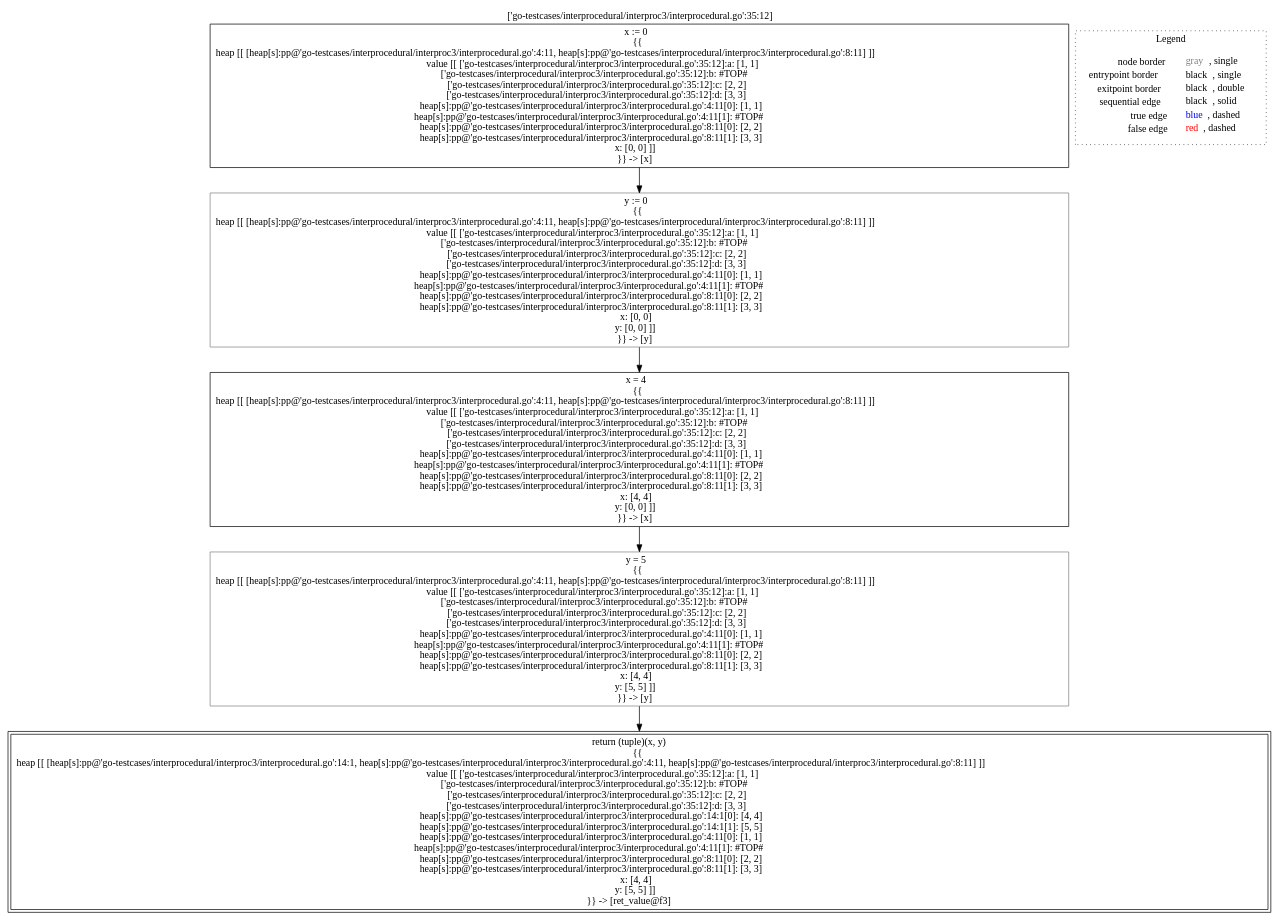
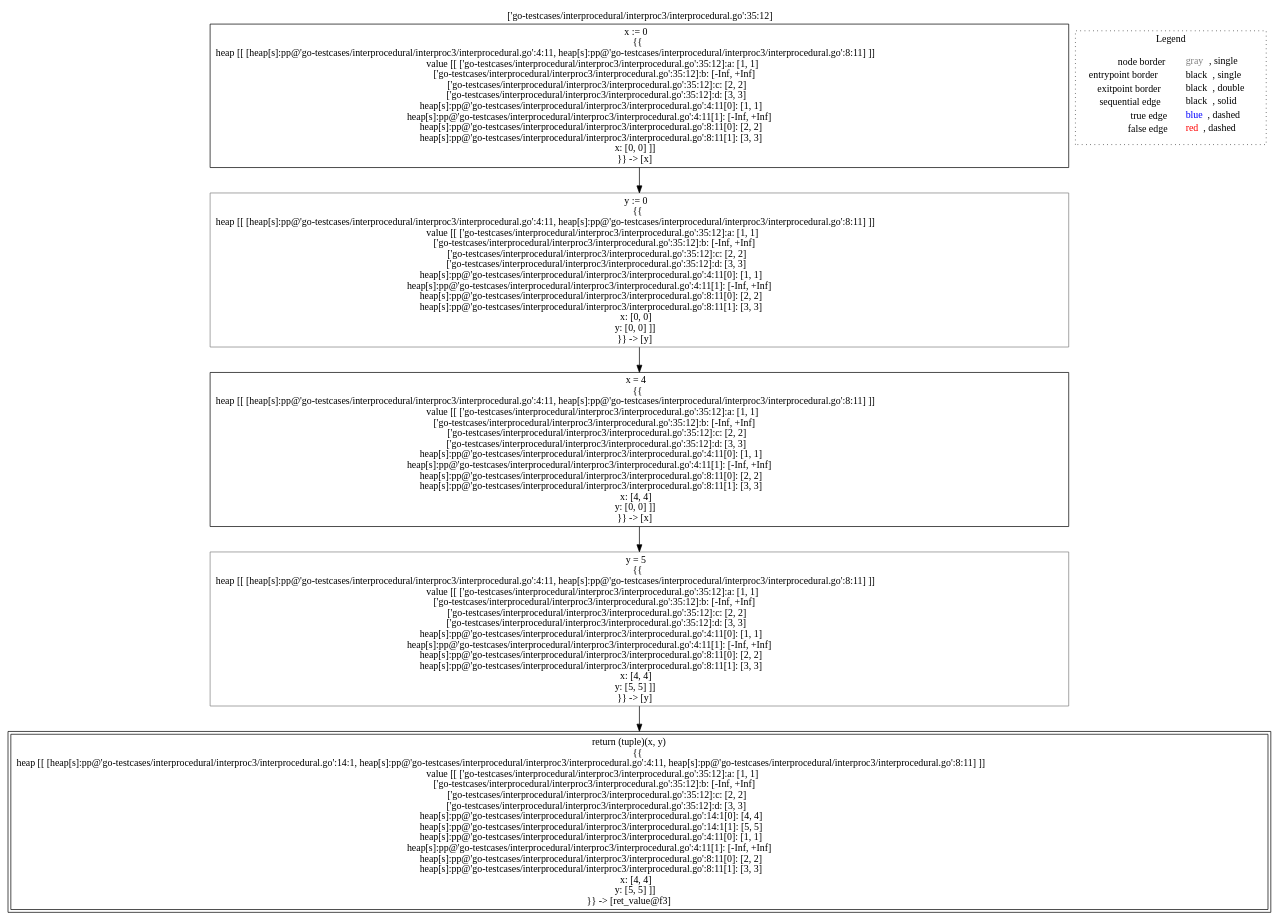
One commit to lisa-analyzer/go-lisa changed the diagram in go-lisa/go-testcases/interprocedural/interproc3/analysis___-568598379_[int_x,_int_y]_~LiSAProgram.f3().dot. Above: the diagram before and after it, drawn with Graphviz. The commit also changed 25 other files, not shown here.

```diff
--- a/go-lisa/go-testcases/interprocedural/interproc3/analysis___-568598379_[int_x,_int_y]_~LiSAProgram.f3().dot
+++ b/go-lisa/go-testcases/interprocedural/interproc3/analysis___-568598379_[int_x,_int_y]_~LiSAProgram.f3().dot
@@ -1,20 +1,20 @@
 digraph {
 	labelloc="t";
 	label="['go-testcases/interprocedural/interproc3/interprocedural.go':35:12]";
-	"node0" [shape="rect",color="black",label=<x := 0<BR/>{{<BR/>heap [[ [heap[s]:pp@'go-testcases/interprocedural/interproc3/interprocedural.go':4:11, heap[s]:pp@'go-testcases/interprocedural/interproc3/interprocedural.go':8:11] ]]<BR/>value [[ ['go-testcases/interprocedural/interproc3/interprocedural.go':35:12]:a: [1, 1]<BR/>['go-testcases/interprocedural/interproc3/interprocedural.go':35:12]:b: #TOP#<BR/>['go-testcases/interprocedural/interproc3/interprocedural.go':35:12]:c: [2, 2]<BR/>['go-testcases/interprocedural/interproc3/interprocedural.go':35:12]:d: [3, 3]<BR/>heap[s]:pp@'go-testcases/interprocedural/interproc3/interprocedural.go':4:11[0]: [1, 1]<BR/>heap[s]:pp@'go-testcases/interprocedural/interproc3/interprocedural.go':4:11[1]: #TOP#<BR/>heap[s]:pp@'go-testcases/interprocedural/interproc3/interprocedural.go':8:11[0]: [2, 2]<BR/>heap[s]:pp@'go-testcases/interprocedural/interproc3/interprocedural.go':8:11[1]: [3, 3]<BR/>x: [0, 0] ]]<BR/>}} -&gt; [x]>];
-	"node1" [shape="rect",color="black",label=<x = 4<BR/>{{<BR/>heap [[ [heap[s]:pp@'go-testcases/interprocedural/interproc3/interprocedural.go':4:11, heap[s]:pp@'go-testcases/interprocedural/interproc3/interprocedural.go':8:11] ]]<BR/>value [[ ['go-testcases/interprocedural/interproc3/interprocedural.go':35:12]:a: [1, 1]<BR/>['go-testcases/interprocedural/interproc3/interprocedural.go':35:12]:b: #TOP#<BR/>['go-testcases/interprocedural/interproc3/interprocedural.go':35:12]:c: [2, 2]<BR/>['go-testcases/interprocedural/interproc3/interprocedural.go':35:12]:d: [3, 3]<BR/>heap[s]:pp@'go-testcases/interprocedural/interproc3/interprocedural.go':4:11[0]: [1, 1]<BR/>heap[s]:pp@'go-testcases/interprocedural/interproc3/interprocedural.go':4:11[1]: #TOP#<BR/>heap[s]:pp@'go-testcases/interprocedural/interproc3/interprocedural.go':8:11[0]: [2, 2]<BR/>heap[s]:pp@'go-testcases/interprocedural/interproc3/interprocedural.go':8:11[1]: [3, 3]<BR/>x: [4, 4]<BR/>y: [0, 0] ]]<BR/>}} -&gt; [x]>];
-	"node2" [shape="rect",color="gray",label=<y := 0<BR/>{{<BR/>heap [[ [heap[s]:pp@'go-testcases/interprocedural/interproc3/interprocedural.go':4:11, heap[s]:pp@'go-testcases/interprocedural/interproc3/interprocedural.go':8:11] ]]<BR/>value [[ ['go-testcases/interprocedural/interproc3/interprocedural.go':35:12]:a: [1, 1]<BR/>['go-testcases/interprocedural/interproc3/interprocedural.go':35:12]:b: #TOP#<BR/>['go-testcases/interprocedural/interproc3/interprocedural.go':35:12]:c: [2, 2]<BR/>['go-testcases/interprocedural/interproc3/interprocedural.go':35:12]:d: [3, 3]<BR/>heap[s]:pp@'go-testcases/interprocedural/interproc3/interprocedural.go':4:11[0]: [1, 1]<BR/>heap[s]:pp@'go-testcases/interprocedural/interproc3/interprocedural.go':4:11[1]: #TOP#<BR/>heap[s]:pp@'go-testcases/interprocedural/interproc3/interprocedural.go':8:11[0]: [2, 2]<BR/>heap[s]:pp@'go-testcases/interprocedural/interproc3/interprocedural.go':8:11[1]: [3, 3]<BR/>x: [0, 0]<BR/>y: [0, 0] ]]<BR/>}} -&gt; [y]>];
-	"node3" [shape="rect",color="black",peripheries="2",label=<return (tuple)(x, y)<BR/>{{<BR/>heap [[ [heap[s]:pp@'go-testcases/interprocedural/interproc3/interprocedural.go':14:1, heap[s]:pp@'go-testcases/interprocedural/interproc3/interprocedural.go':4:11, heap[s]:pp@'go-testcases/interprocedural/interproc3/interprocedural.go':8:11] ]]<BR/>value [[ ['go-testcases/interprocedural/interproc3/interprocedural.go':35:12]:a: [1, 1]<BR/>['go-testcases/interprocedural/interproc3/interprocedural.go':35:12]:b: #TOP#<BR/>['go-testcases/interprocedural/interproc3/interprocedural.go':35:12]:c: [2, 2]<BR/>['go-testcases/interprocedural/interproc3/interprocedural.go':35:12]:d: [3, 3]<BR/>heap[s]:pp@'go-testcases/interprocedural/interproc3/interprocedural.go':14:1[0]: [4, 4]<BR/>heap[s]:pp@'go-testcases/interprocedural/interproc3/interprocedural.go':14:1[1]: [5, 5]<BR/>heap[s]:pp@'go-testcases/interprocedural/interproc3/interprocedural.go':4:11[0]: [1, 1]<BR/>heap[s]:pp@'go-testcases/interprocedural/interproc3/interprocedural.go':4:11[1]: #TOP#<BR/>heap[s]:pp@'go-testcases/interprocedural/interproc3/interprocedural.go':8:11[0]: [2, 2]<BR/>heap[s]:pp@'go-testcases/interprocedural/interproc3/interprocedural.go':8:11[1]: [3, 3]<BR/>x: [4, 4]<BR/>y: [5, 5] ]]<BR/>}} -&gt; [ret_value@f3]>];
-	"node4" [shape="rect",color="gray",label=<y = 5<BR/>{{<BR/>heap [[ [heap[s]:pp@'go-testcases/interprocedural/interproc3/interprocedural.go':4:11, heap[s]:pp@'go-testcases/interprocedural/interproc3/interprocedural.go':8:11] ]]<BR/>value [[ ['go-testcases/interprocedural/interproc3/interprocedural.go':35:12]:a: [1, 1]<BR/>['go-testcases/interprocedural/interproc3/interprocedural.go':35:12]:b: #TOP#<BR/>['go-testcases/interprocedural/interproc3/interprocedural.go':35:12]:c: [2, 2]<BR/>['go-testcases/interprocedural/interproc3/interprocedural.go':35:12]:d: [3, 3]<BR/>heap[s]:pp@'go-testcases/interprocedural/interproc3/interprocedural.go':4:11[0]: [1, 1]<BR/>heap[s]:pp@'go-testcases/interprocedural/interproc3/interprocedural.go':4:11[1]: #TOP#<BR/>heap[s]:pp@'go-testcases/interprocedural/interproc3/interprocedural.go':8:11[0]: [2, 2]<BR/>heap[s]:pp@'go-testcases/interprocedural/interproc3/interprocedural.go':8:11[1]: [3, 3]<BR/>x: [4, 4]<BR/>y: [5, 5] ]]<BR/>}} -&gt; [y]>];
-	"node2" -> "node1" [color="black"];
+	"node0" [shape="rect",color="black",label=<x = 4<BR/>{{<BR/>heap [[ [heap[s]:pp@'go-testcases/interprocedural/interproc3/interprocedural.go':4:11, heap[s]:pp@'go-testcases/interprocedural/interproc3/interprocedural.go':8:11] ]]<BR/>value [[ ['go-testcases/interprocedural/interproc3/interprocedural.go':35:12]:a: [1, 1]<BR/>['go-testcases/interprocedural/interproc3/interprocedural.go':35:12]:b: [-Inf, +Inf]<BR/>['go-testcases/interprocedural/interproc3/interprocedural.go':35:12]:c: [2, 2]<BR/>['go-testcases/interprocedural/interproc3/interprocedural.go':35:12]:d: [3, 3]<BR/>heap[s]:pp@'go-testcases/interprocedural/interproc3/interprocedural.go':4:11[0]: [1, 1]<BR/>heap[s]:pp@'go-testcases/interprocedural/interproc3/interprocedural.go':4:11[1]: [-Inf, +Inf]<BR/>heap[s]:pp@'go-testcases/interprocedural/interproc3/interprocedural.go':8:11[0]: [2, 2]<BR/>heap[s]:pp@'go-testcases/interprocedural/interproc3/interprocedural.go':8:11[1]: [3, 3]<BR/>x: [4, 4]<BR/>y: [0, 0] ]]<BR/>}} -&gt; [x]>];
+	"node1" [shape="rect",color="black",label=<x := 0<BR/>{{<BR/>heap [[ [heap[s]:pp@'go-testcases/interprocedural/interproc3/interprocedural.go':4:11, heap[s]:pp@'go-testcases/interprocedural/interproc3/interprocedural.go':8:11] ]]<BR/>value [[ ['go-testcases/interprocedural/interproc3/interprocedural.go':35:12]:a: [1, 1]<BR/>['go-testcases/interprocedural/interproc3/interprocedural.go':35:12]:b: [-Inf, +Inf]<BR/>['go-testcases/interprocedural/interproc3/interprocedural.go':35:12]:c: [2, 2]<BR/>['go-testcases/interprocedural/interproc3/interprocedural.go':35:12]:d: [3, 3]<BR/>heap[s]:pp@'go-testcases/interprocedural/interproc3/interprocedural.go':4:11[0]: [1, 1]<BR/>heap[s]:pp@'go-testcases/interprocedural/interproc3/interprocedural.go':4:11[1]: [-Inf, +Inf]<BR/>heap[s]:pp@'go-testcases/interprocedural/interproc3/interprocedural.go':8:11[0]: [2, 2]<BR/>heap[s]:pp@'go-testcases/interprocedural/interproc3/interprocedural.go':8:11[1]: [3, 3]<BR/>x: [0, 0] ]]<BR/>}} -&gt; [x]>];
+	"node2" [shape="rect",color="gray",label=<y = 5<BR/>{{<BR/>heap [[ [heap[s]:pp@'go-testcases/interprocedural/interproc3/interprocedural.go':4:11, heap[s]:pp@'go-testcases/interprocedural/interproc3/interprocedural.go':8:11] ]]<BR/>value [[ ['go-testcases/interprocedural/interproc3/interprocedural.go':35:12]:a: [1, 1]<BR/>['go-testcases/interprocedural/interproc3/interprocedural.go':35:12]:b: [-Inf, +Inf]<BR/>['go-testcases/interprocedural/interproc3/interprocedural.go':35:12]:c: [2, 2]<BR/>['go-testcases/interprocedural/interproc3/interprocedural.go':35:12]:d: [3, 3]<BR/>heap[s]:pp@'go-testcases/interprocedural/interproc3/interprocedural.go':4:11[0]: [1, 1]<BR/>heap[s]:pp@'go-testcases/interprocedural/interproc3/interprocedural.go':4:11[1]: [-Inf, +Inf]<BR/>heap[s]:pp@'go-testcases/interprocedural/interproc3/interprocedural.go':8:11[0]: [2, 2]<BR/>heap[s]:pp@'go-testcases/interprocedural/interproc3/interprocedural.go':8:11[1]: [3, 3]<BR/>x: [4, 4]<BR/>y: [5, 5] ]]<BR/>}} -&gt; [y]>];
+	"node3" [shape="rect",color="black",peripheries="2",label=<return (tuple)(x, y)<BR/>{{<BR/>heap [[ [heap[s]:pp@'go-testcases/interprocedural/interproc3/interprocedural.go':14:1, heap[s]:pp@'go-testcases/interprocedural/interproc3/interprocedural.go':4:11, heap[s]:pp@'go-testcases/interprocedural/interproc3/interprocedural.go':8:11] ]]<BR/>value [[ ['go-testcases/interprocedural/interproc3/interprocedural.go':35:12]:a: [1, 1]<BR/>['go-testcases/interprocedural/interproc3/interprocedural.go':35:12]:b: [-Inf, +Inf]<BR/>['go-testcases/interprocedural/interproc3/interprocedural.go':35:12]:c: [2, 2]<BR/>['go-testcases/interprocedural/interproc3/interprocedural.go':35:12]:d: [3, 3]<BR/>heap[s]:pp@'go-testcases/interprocedural/interproc3/interprocedural.go':14:1[0]: [4, 4]<BR/>heap[s]:pp@'go-testcases/interprocedural/interproc3/interprocedural.go':14:1[1]: [5, 5]<BR/>heap[s]:pp@'go-testcases/interprocedural/interproc3/interprocedural.go':4:11[0]: [1, 1]<BR/>heap[s]:pp@'go-testcases/interprocedural/interproc3/interprocedural.go':4:11[1]: [-Inf, +Inf]<BR/>heap[s]:pp@'go-testcases/interprocedural/interproc3/interprocedural.go':8:11[0]: [2, 2]<BR/>heap[s]:pp@'go-testcases/interprocedural/interproc3/interprocedural.go':8:11[1]: [3, 3]<BR/>x: [4, 4]<BR/>y: [5, 5] ]]<BR/>}} -&gt; [ret_value@f3]>];
+	"node4" [shape="rect",color="gray",label=<y := 0<BR/>{{<BR/>heap [[ [heap[s]:pp@'go-testcases/interprocedural/interproc3/interprocedural.go':4:11, heap[s]:pp@'go-testcases/interprocedural/interproc3/interprocedural.go':8:11] ]]<BR/>value [[ ['go-testcases/interprocedural/interproc3/interprocedural.go':35:12]:a: [1, 1]<BR/>['go-testcases/interprocedural/interproc3/interprocedural.go':35:12]:b: [-Inf, +Inf]<BR/>['go-testcases/interprocedural/interproc3/interprocedural.go':35:12]:c: [2, 2]<BR/>['go-testcases/interprocedural/interproc3/interprocedural.go':35:12]:d: [3, 3]<BR/>heap[s]:pp@'go-testcases/interprocedural/interproc3/interprocedural.go':4:11[0]: [1, 1]<BR/>heap[s]:pp@'go-testcases/interprocedural/interproc3/interprocedural.go':4:11[1]: [-Inf, +Inf]<BR/>heap[s]:pp@'go-testcases/interprocedural/interproc3/interprocedural.go':8:11[0]: [2, 2]<BR/>heap[s]:pp@'go-testcases/interprocedural/interproc3/interprocedural.go':8:11[1]: [3, 3]<BR/>x: [0, 0]<BR/>y: [0, 0] ]]<BR/>}} -&gt; [y]>];
 	"node0" -> "node2" [color="black"];
-	"node4" -> "node3" [color="black"];
+	"node2" -> "node3" [color="black"];
 	"node1" -> "node4" [color="black"];
+	"node4" -> "node0" [color="black"];
 subgraph cluster_legend {
 	label="Legend";
 	style=dotted;
 	node [shape=plaintext];
 	"legend" [label=<<table border="0" cellpadding="2" cellspacing="0" cellborder="0"><tr><td align="right">node border&nbsp;</td><td align="left"><font color="gray">gray</font>, single</td></tr><tr><td align="right">entrypoint border&nbsp;</td><td align="left"><font color="black">black</font>, single</td></tr><tr><td align="right">exitpoint border&nbsp;</td><td align="left"><font color="black">black</font>, double</td></tr><tr><td align="right">sequential edge&nbsp;</td><td align="left"><font color="black">black</font>, solid</td></tr><tr><td align="right">true edge&nbsp;</td><td align="left"><font color="blue">blue</font>, dashed</td></tr><tr><td align="right">false edge&nbsp;</td><td align="left"><font color="red">red</font>, dashed</td></tr></table>>];
 }
 
 }
```
